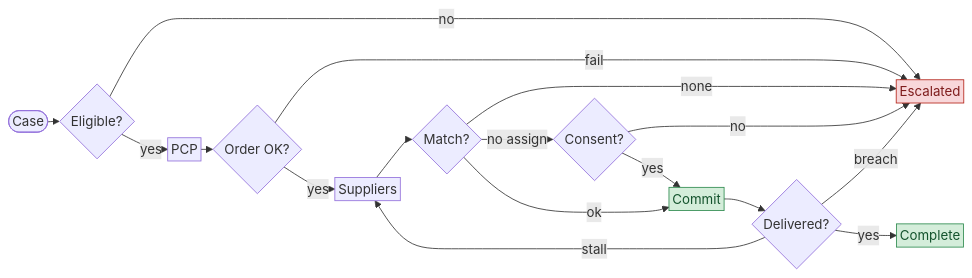
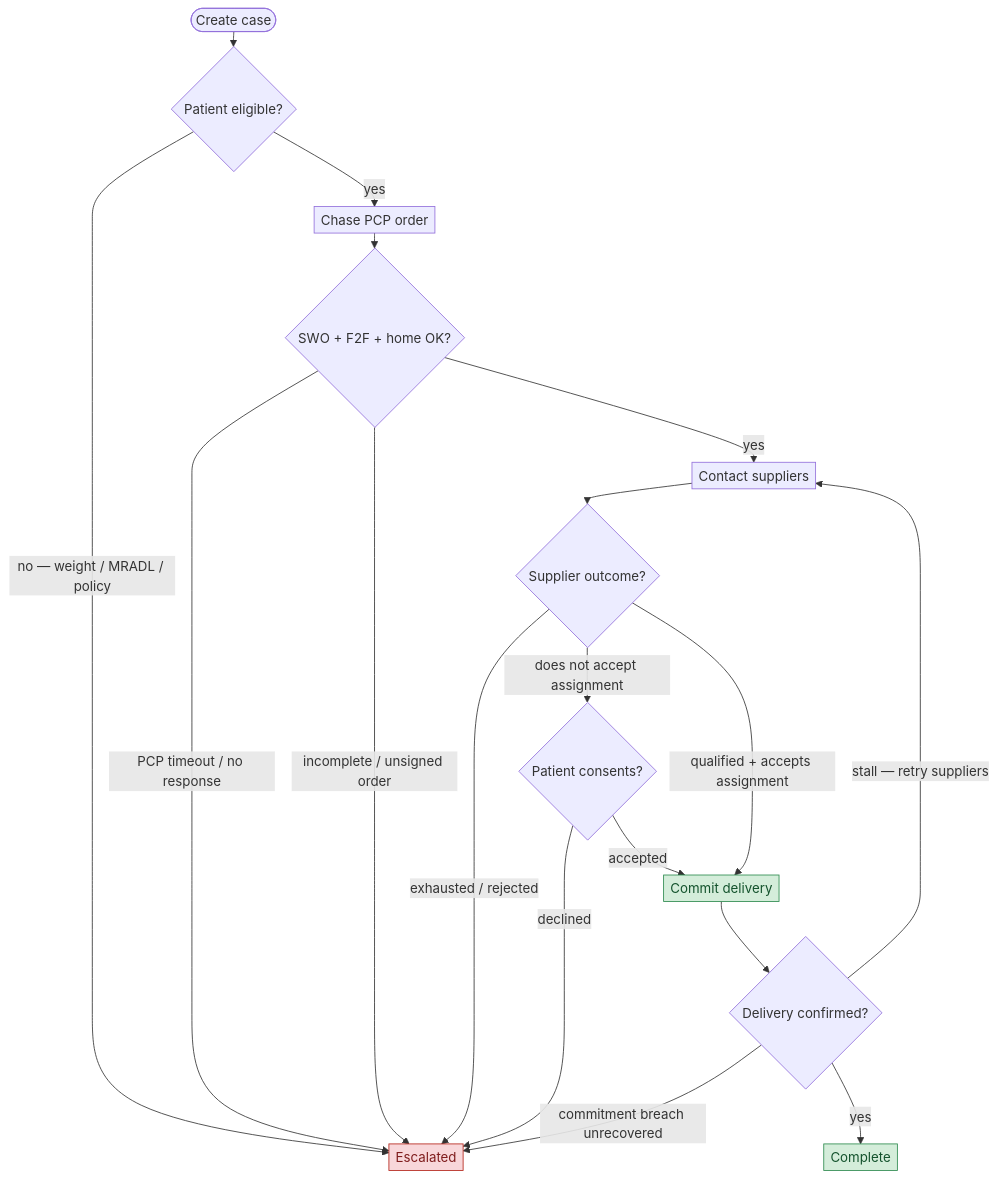
One commit to Mycodek/miramace_dme_coordination changed the third of 3 diagrams in README.md. Above: the diagram before and after it, drawn with Mermaid. The commit also changed other lines of this file, not shown here.

````diff
--- a/README.md
+++ b/README.md
@@ -84,24 +84,25 @@
 ```mermaid
-%%{init: {"flowchart": {"nodeSpacing": 8, "rankSpacing": 14, "padding": 2}}}%%
-flowchart LR
-  A([Case]) --> B{Eligible?}
-  B -->|no| X[Escalated]
-  B -->|yes| C[PCP]
-  C --> D{Order OK?}
-  D -->|fail| X
-  D -->|yes| E[Suppliers]
-  E --> F{Match?}
-  F -->|none| X
-  F -->|no assign| G{Consent?}
-  G -->|no| X
-  G -->|yes| H[Commit]
-  F -->|ok| H
-  H --> I{Delivered?}
-  I -->|stall| E
-  I -->|breach| X
+%%{init: {"flowchart": {"nodeSpacing": 12, "rankSpacing": 18, "padding": 4, "diagramPadding": 4}}}%%
+flowchart TB
+  A([Create case]) --> B{Patient eligible?}
+  B -->|no — weight / MRADL / policy| X[Escalated]
+  B -->|yes| C[Chase PCP order]
+  C --> D{SWO + F2F + home OK?}
+  D -->|PCP timeout / no response| X
+  D -->|incomplete / unsigned order| X
+  D -->|yes| E[Contact suppliers]
+  E --> F{Supplier outcome?}
+  F -->|exhausted / rejected| X
+  F -->|does not accept assignment| G{Patient consents?}
+  G -->|declined| X
+  G -->|accepted| H[Commit delivery]
+  F -->|qualified + accepts assignment| H
+  H --> I{Delivery confirmed?}
+  I -->|stall — retry suppliers| E
+  I -->|commitment breach unrecovered| X
   I -->|yes| J[Complete]
   classDef ok fill:#d4edda,stroke:#2d8a4e,color:#14532d
   classDef bad fill:#f8d7da,stroke:#b42318,color:#7f1d1d
   class H,J ok
   class X bad
 ```
````
